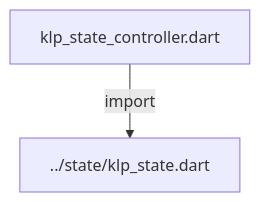
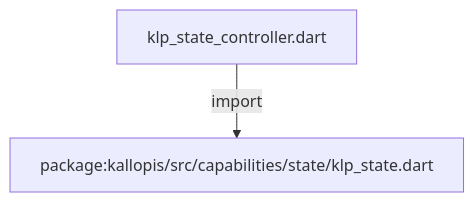
The first of 2 diagrams in docs/architecture/src/capabilities/controllers/klp_state_controller.md (MiuDog/Kallopis), drawn with Mermaid before and after one commit. The commit also changed other lines of this file and 9688 other files, not shown here.

Commit message:
Prepare isolated Flow F2 peer baseline

````diff
--- a/docs/architecture/src/capabilities/controllers/klp_state_controller.md
+++ b/docs/architecture/src/capabilities/controllers/klp_state_controller.md
@@ -11,6 +11,6 @@
 ```mermaid
 flowchart TD
 	n0["klp_state_controller.dart"]
-	n1["../state/klp_state.dart"]
+	n1["package:kallopis/src/capabilities/state/klp_state.dart"]
 	n0 -->|"import"| n1
 ```
````
